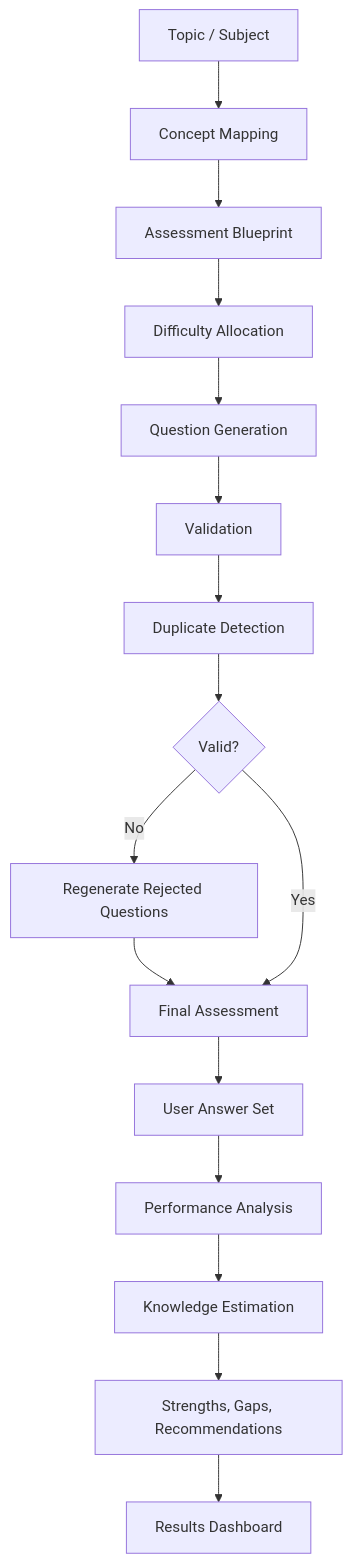
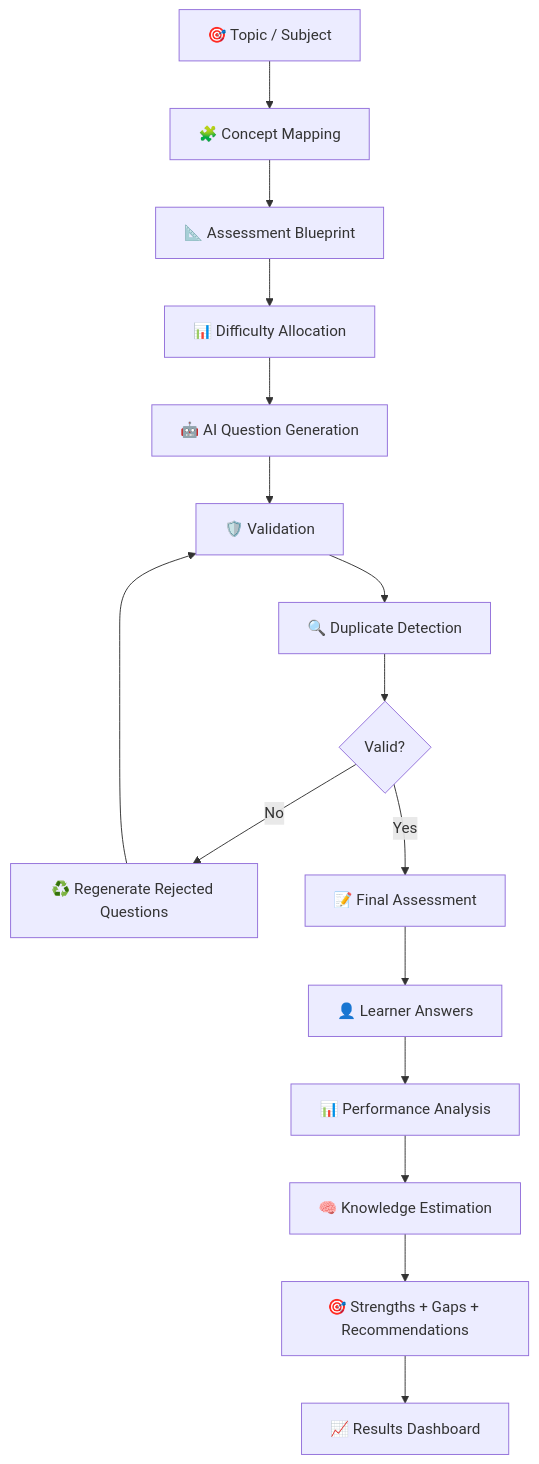
One commit to tahaullah-dev/KNOWLYST changed the diagram in README.md. Above: the diagram before and after it, drawn with Mermaid. The commit also changed other lines of this file, not shown here.

````diff
--- a/README.md
+++ b/README.md
@@ -35,18 +131,25 @@
 ```mermaid
 flowchart TD
-    A[Topic / Subject] --> B[Concept Mapping]
-    B --> C[Assessment Blueprint]
-    C --> D[Difficulty Allocation]
-    D --> E[Question Generation]
-    E --> F[Validation]
-    F --> G[Duplicate Detection]
-    G --> H{Valid?}
-    H -- No --> I[Regenerate Rejected Questions]
-    I --> J[Final Assessment]
-    H -- Yes --> J
-    J --> K[User Answer Set]
-    K --> L[Performance Analysis]
-    L --> M[Knowledge Estimation]
-    M --> N[Strengths, Gaps, Recommendations]
-    N --> O[Results Dashboard]
+
+    A["🎯 Topic / Subject"] --> B["🧩 Concept Mapping"]
+    B --> C["📐 Assessment Blueprint"]
+    C --> D["📊 Difficulty Allocation"]
+    D --> E["🤖 AI Question Generation"]
+
+    E --> F["🛡️ Validation"]
+    F --> G["🔍 Duplicate Detection"]
+
+    G --> H{"Valid?"}
+
+    H -- "No" --> I["♻️ Regenerate Rejected Questions"]
+    I --> F
+
+    H -- "Yes" --> J["📝 Final Assessment"]
+
+    J --> K["👤 Learner Answers"]
+    K --> L["📊 Performance Analysis"]
+
+    L --> M["🧠 Knowledge Estimation"]
+    M --> N["🎯 Strengths + Gaps + Recommendations"]
+    N --> O["📈 Results Dashboard"]
 ```
````
